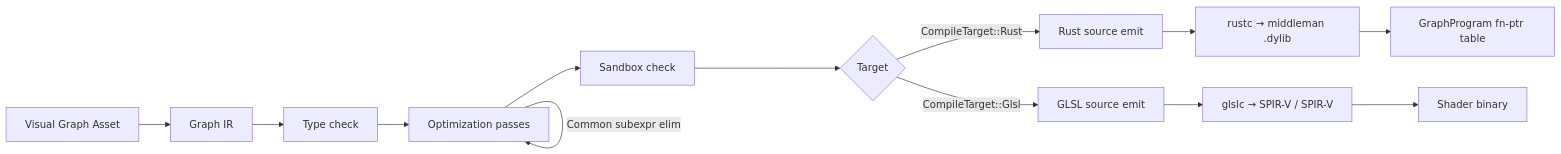
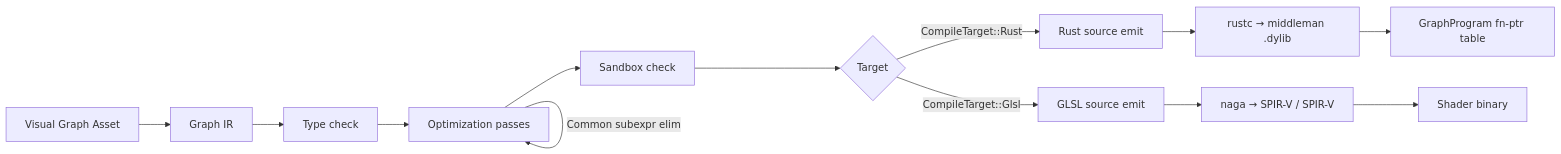
Before and after one commit to harmonius-dev/harmonius: the second of 8 diagrams in docs/design/game-framework/scripting.md, drawn with Mermaid. The commit also changed other lines of this file and 68 other files, not shown here.

````diff
--- a/docs/design/game-framework/scripting.md
+++ b/docs/design/game-framework/scripting.md
@@ -196,19 +196,19 @@
 ```mermaid
 flowchart LR
     A[Visual Graph Asset] --> B[Graph IR]
     B --> C[Type check]
     C --> D[Optimization passes]
     D --> E[Sandbox check]
     E --> F{Target}
     F -->|CompileTarget::Rust| G[Rust source emit]
     F -->|CompileTarget::Glsl| H[GLSL source emit]
     G --> I[rustc → middleman .dylib]
-    H --> J[glslc → SPIR-V / SPIR-V]
+    H --> J[naga → SPIR-V / SPIR-V]
     I --> K[GraphProgram fn-ptr table]
     J --> L[Shader binary]
 
     D -->|Dead node elimination| D
     D -->|Constant folding| D
     D -->|Subgraph inlining| D
     D -->|Common subexpr elim| D
 ```
````
